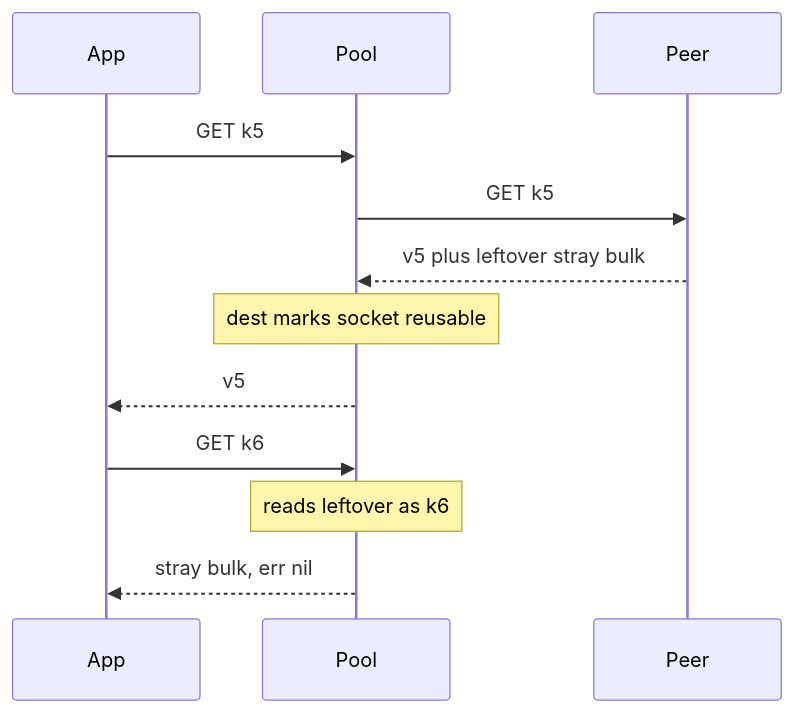
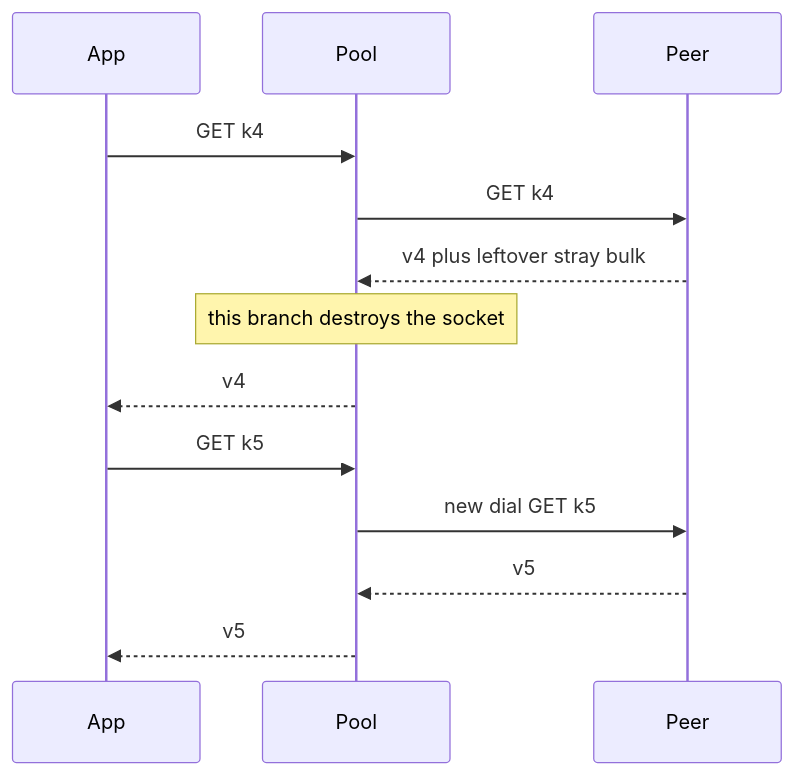
Before and after one commit to david-garcia-garcia/traefik-middleware-utilities: the diagram in devstate/2026/09/2026-09-13-simpleredis-desync-boundary-check/card.md, drawn with Mermaid. The commit also changed other lines of this file and 2 other files, not shown here.

````diff
--- a/devstate/2026/09/2026-09-13-simpleredis-desync-boundary-check/card.md
+++ b/devstate/2026/09/2026-09-13-simpleredis-desync-boundary-check/card.md
@@ -17,14 +17,15 @@
 ```mermaid
 sequenceDiagram
     participant App
     participant Pool
     participant Peer
+    App->>Pool: GET k4
+    Pool->>Peer: GET k4
+    Peer-->>Pool: v4 plus leftover stray bulk
+    Note over Pool: this branch destroys the socket
+    Pool-->>App: v4
     App->>Pool: GET k5
-    Pool->>Peer: GET k5
-    Peer-->>Pool: v5 plus leftover stray bulk
-    Note over Pool: dest marks socket reusable
+    Pool->>Peer: new dial GET k5
+    Peer-->>Pool: v5
     Pool-->>App: v5
-    App->>Pool: GET k6
-    Note over Pool: reads leftover as k6
-    Pool-->>App: stray bulk, err nil
 ```
````
